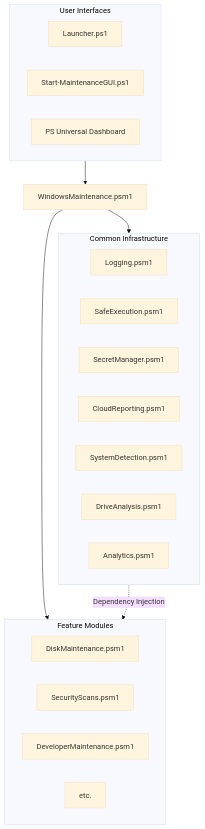
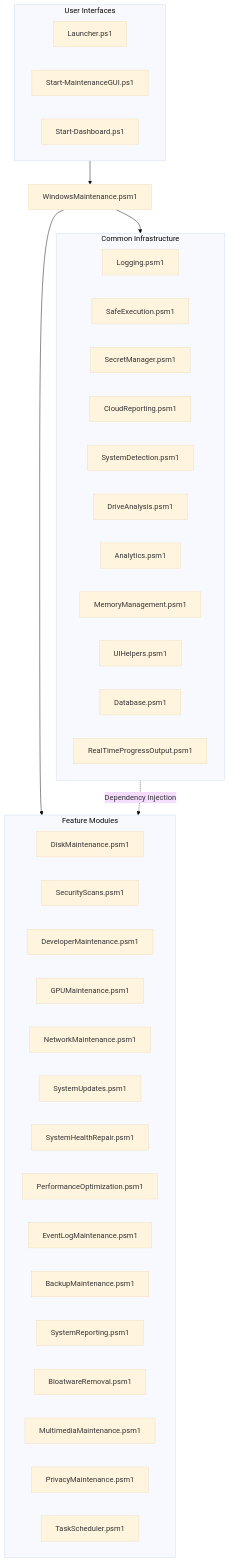
One commit to CodeExplorer430/windows-maintenance-script changed the first of 2 diagrams in docs/architecture.md. Above: the diagram before and after it, drawn with Mermaid (base theme). The commit also changed 16 other files, not shown here.

````diff
--- a/docs/architecture.md
+++ b/docs/architecture.md
@@ -17,32 +17,47 @@
 ```mermaid
 graph TD
     Root[WindowsMaintenance.psm1]
 
     subgraph Infrastructure [Common Infrastructure]
         Logging[Logging.psm1]
         SafeExec[SafeExecution.psm1]
         Secret[SecretManager.psm1]
         Cloud[CloudReporting.psm1]
         Detection[SystemDetection.psm1]
         Drive[DriveAnalysis.psm1]
         Analytics[Analytics.psm1]
+        Memory[MemoryManagement.psm1]
+        UIHelpers[UIHelpers.psm1]
+        Database[Database.psm1]
+        Progress[RealTimeProgressOutput.psm1]
     end
 
     subgraph UI [User Interfaces]
         CLI[Launcher.ps1]
         GUI[Start-MaintenanceGUI.ps1]
-        Web[PS Universal Dashboard]
+        Web[Start-Dashboard.ps1]
     end
 
     subgraph Features [Feature Modules]
         Disk[DiskMaintenance.psm1]
         Sec[SecurityScans.psm1]
         Dev[DeveloperMaintenance.psm1]
-        ...[etc.]
+        GPU[GPUMaintenance.psm1]
+        Net[NetworkMaintenance.psm1]
+        Update[SystemUpdates.psm1]
+        Health[SystemHealthRepair.psm1]
+        Perf[PerformanceOptimization.psm1]
+        Event[EventLogMaintenance.psm1]
+        Backup[BackupMaintenance.psm1]
+        Report[SystemReporting.psm1]
+        Bloat[BloatwareRemoval.psm1]
+        Media[MultimediaMaintenance.psm1]
+        Privacy[PrivacyMaintenance.psm1]
+        Task[TaskScheduler.psm1]
     end
 
     UI --> Root
     Root --> Infrastructure
     Root --> Features
     Infrastructure -. Dependency Injection .-> Features
 ```
````
